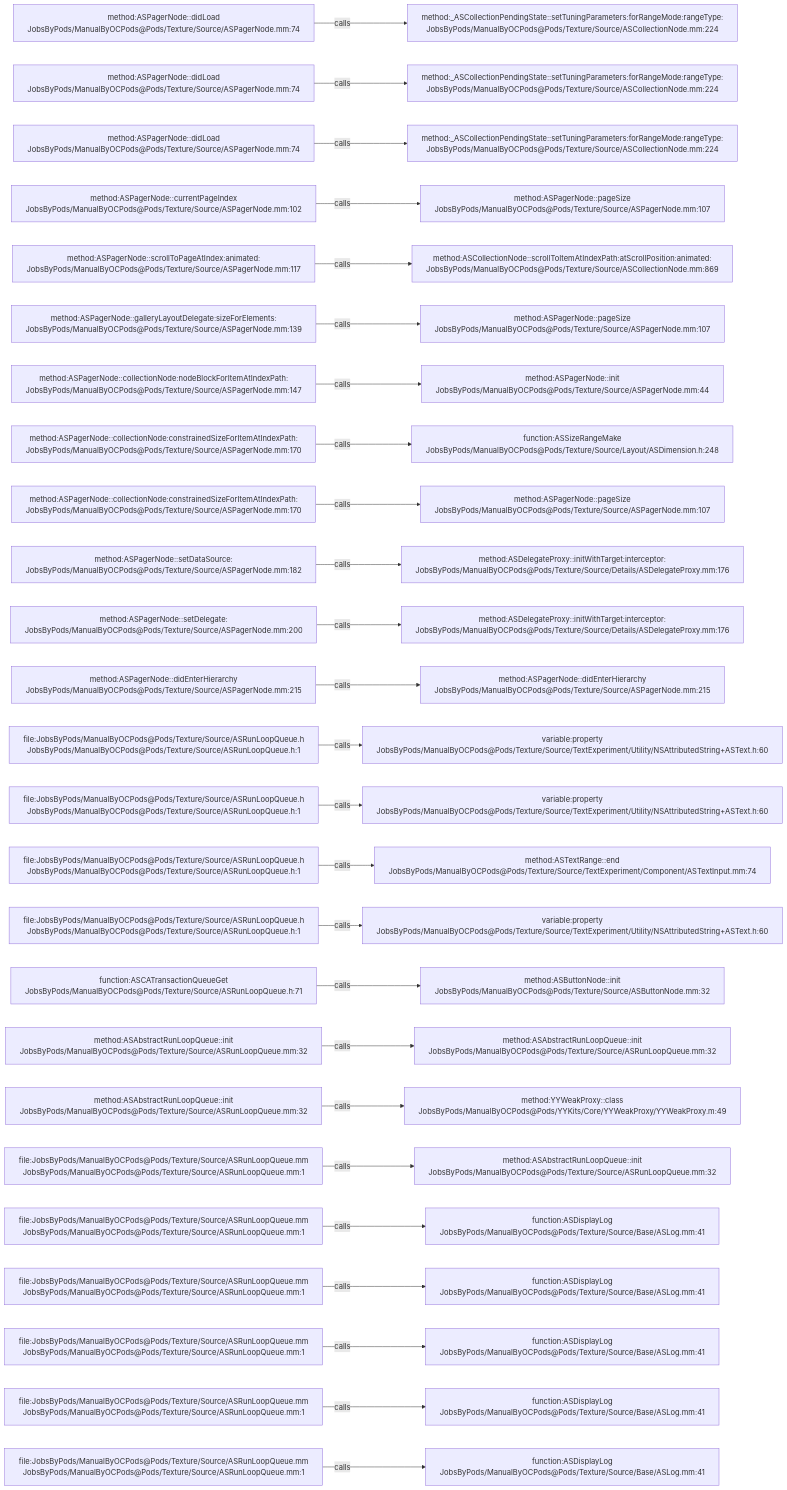
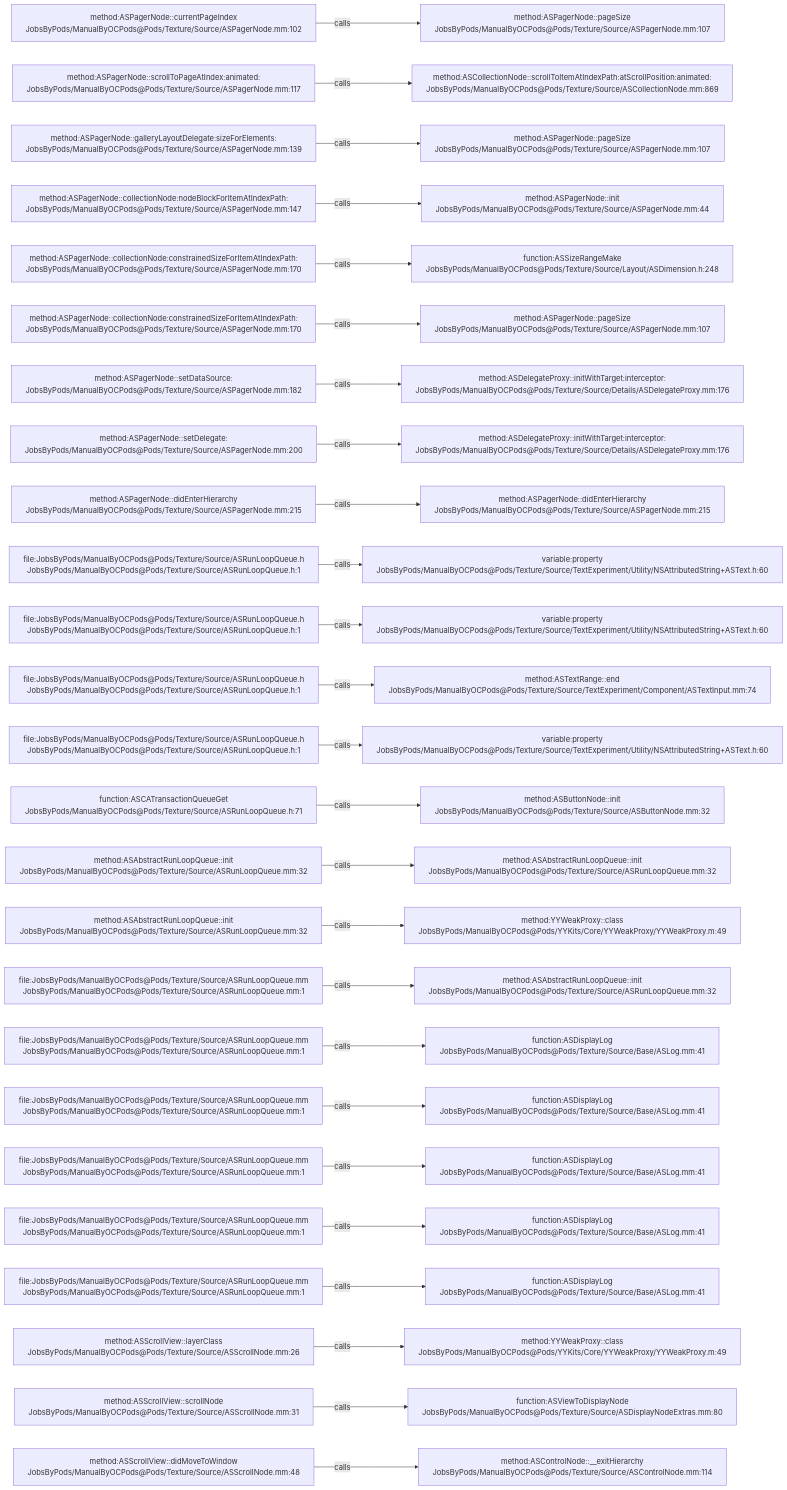
Before and after one commit to JobsKits/JobsOCBaseConfigDemo: the diagram in .codegraph/codegraph.md/graphs/calls-122.md, drawn with Mermaid. The commit also changed 342 other files, not shown here.

````diff
--- a/.codegraph/codegraph.md/graphs/calls-122.md
+++ b/.codegraph/codegraph.md/graphs/calls-122.md
@@ -13,78 +13,78 @@
 ```mermaid
 flowchart LR
-  S1["method:ASPagerNode::didLoad<br/>JobsByPods/ManualByOCPods@Pods/Texture/Source/ASPagerNode.mm:74"]
-  T1["method:_ASCollectionPendingState::setTuningParameters:forRangeMode:rangeType:<br/>JobsByPods/ManualByOCPods@Pods/Texture/Source/ASCollectionNode.mm:224"]
+  S1["method:ASPagerNode::currentPageIndex<br/>JobsByPods/ManualByOCPods@Pods/Texture/Source/ASPagerNode.mm:102"]
+  T1["method:ASPagerNode::pageSize<br/>JobsByPods/ManualByOCPods@Pods/Texture/Source/ASPagerNode.mm:107"]
   S1 -->|calls| T1
-  S2["method:ASPagerNode::didLoad<br/>JobsByPods/ManualByOCPods@Pods/Texture/Source/ASPagerNode.mm:74"]
-  T2["method:_ASCollectionPendingState::setTuningParameters:forRangeMode:rangeType:<br/>JobsByPods/ManualByOCPods@Pods/Texture/Source/ASCollectionNode.mm:224"]
+  S2["method:ASPagerNode::scrollToPageAtIndex:animated:<br/>JobsByPods/ManualByOCPods@Pods/Texture/Source/ASPagerNode.mm:117"]
+  T2["method:ASCollectionNode::scrollToItemAtIndexPath:atScrollPosition:animated:<br/>JobsByPods/ManualByOCPods@Pods/Texture/Source/ASCollectionNode.mm:869"]
   S2 -->|calls| T2
-  S3["method:ASPagerNode::didLoad<br/>JobsByPods/ManualByOCPods@Pods/Texture/Source/ASPagerNode.mm:74"]
-  T3["method:_ASCollectionPendingState::setTuningParameters:forRangeMode:rangeType:<br/>JobsByPods/ManualByOCPods@Pods/Texture/Source/ASCollectionNode.mm:224"]
+  S3["method:ASPagerNode::galleryLayoutDelegate:sizeForElements:<br/>JobsByPods/ManualByOCPods@Pods/Texture/Source/ASPagerNode.mm:139"]
+  T3["method:ASPagerNode::pageSize<br/>JobsByPods/ManualByOCPods@Pods/Texture/Source/ASPagerNode.mm:107"]
   S3 -->|calls| T3
-  S4["method:ASPagerNode::currentPageIndex<br/>JobsByPods/ManualByOCPods@Pods/Texture/Source/ASPagerNode.mm:102"]
-  T4["method:ASPagerNode::pageSize<br/>JobsByPods/ManualByOCPods@Pods/Texture/Source/ASPagerNode.mm:107"]
+  S4["method:ASPagerNode::collectionNode:nodeBlockForItemAtIndexPath:<br/>JobsByPods/ManualByOCPods@Pods/Texture/Source/ASPagerNode.mm:147"]
+  T4["method:ASPagerNode::init<br/>JobsByPods/ManualByOCPods@Pods/Texture/Source/ASPagerNode.mm:44"]
   S4 -->|calls| T4
-  S5["method:ASPagerNode::scrollToPageAtIndex:animated:<br/>JobsByPods/ManualByOCPods@Pods/Texture/Source/ASPagerNode.mm:117"]
-  T5["method:ASCollectionNode::scrollToItemAtIndexPath:atScrollPosition:animated:<br/>JobsByPods/ManualByOCPods@Pods/Texture/Source/ASCollectionNode.mm:869"]
+  S5["method:ASPagerNode::collectionNode:constrainedSizeForItemAtIndexPath:<br/>JobsByPods/ManualByOCPods@Pods/Texture/Source/ASPagerNode.mm:170"]
+  T5["function:ASSizeRangeMake<br/>JobsByPods/ManualByOCPods@Pods/Texture/Source/Layout/ASDimension.h:248"]
   S5 -->|calls| T5
-  S6["method:ASPagerNode::galleryLayoutDelegate:sizeForElements:<br/>JobsByPods/ManualByOCPods@Pods/Texture/Source/ASPagerNode.mm:139"]
+  S6["method:ASPagerNode::collectionNode:constrainedSizeForItemAtIndexPath:<br/>JobsByPods/ManualByOCPods@Pods/Texture/Source/ASPagerNode.mm:170"]
   T6["method:ASPagerNode::pageSize<br/>JobsByPods/ManualByOCPods@Pods/Texture/Source/ASPagerNode.mm:107"]
   S6 -->|calls| T6
-  S7["method:ASPagerNode::collectionNode:nodeBlockForItemAtIndexPath:<br/>JobsByPods/ManualByOCPods@Pods/Texture/Source/ASPagerNode.mm:147"]
-  T7["method:ASPagerNode::init<br/>JobsByPods/ManualByOCPods@Pods/Texture/Source/ASPagerNode.mm:44"]
+  S7["method:ASPagerNode::setDataSource:<br/>JobsByPods/ManualByOCPods@Pods/Texture/Source/ASPagerNode.mm:182"]
+  T7["method:ASDelegateProxy::initWithTarget:interceptor:<br/>JobsByPods/ManualByOCPods@Pods/Texture/Source/Details/ASDelegateProxy.mm:176"]
   S7 -->|calls| T7
-  S8["method:ASPagerNode::collectionNode:constrainedSizeForItemAtIndexPath:<br/>JobsByPods/ManualByOCPods@Pods/Texture/Source/ASPagerNode.mm:170"]
-  T8["function:ASSizeRangeMake<br/>JobsByPods/ManualByOCPods@Pods/Texture/Source/Layout/ASDimension.h:248"]
+  S8["method:ASPagerNode::setDelegate:<br/>JobsByPods/ManualByOCPods@Pods/Texture/Source/ASPagerNode.mm:200"]
+  T8["method:ASDelegateProxy::initWithTarget:interceptor:<br/>JobsByPods/ManualByOCPods@Pods/Texture/Source/Details/ASDelegateProxy.mm:176"]
   S8 -->|calls| T8
-  S9["method:ASPagerNode::collectionNode:constrainedSizeForItemAtIndexPath:<br/>JobsByPods/ManualByOCPods@Pods/Texture/Source/ASPagerNode.mm:170"]
-  T9["method:ASPagerNode::pageSize<br/>JobsByPods/ManualByOCPods@Pods/Texture/Source/ASPagerNode.mm:107"]
+  S9["method:ASPagerNode::didEnterHierarchy<br/>JobsByPods/ManualByOCPods@Pods/Texture/Source/ASPagerNode.mm:215"]
+  T9["method:ASPagerNode::didEnterHierarchy<br/>JobsByPods/ManualByOCPods@Pods/Texture/Source/ASPagerNode.mm:215"]
   S9 -->|calls| T9
-  S10["method:ASPagerNode::setDataSource:<br/>JobsByPods/ManualByOCPods@Pods/Texture/Source/ASPagerNode.mm:182"]
-  T10["method:ASDelegateProxy::initWithTarget:interceptor:<br/>JobsByPods/ManualByOCPods@Pods/Texture/Source/Details/ASDelegateProxy.mm:176"]
+  S10["file:JobsByPods/ManualByOCPods@Pods/Texture/Source/ASRunLoopQueue.h<br/>JobsByPods/ManualByOCPods@Pods/Texture/Source/ASRunLoopQueue.h:1"]
+  T10["variable:property<br/>JobsByPods/ManualByOCPods@Pods/Texture/Source/TextExperiment/Utility/NSAttributedString+ASText.h:60"]
   S10 -->|calls| T10
-  S11["method:ASPagerNode::setDelegate:<br/>JobsByPods/ManualByOCPods@Pods/Texture/Source/ASPagerNode.mm:200"]
-  T11["method:ASDelegateProxy::initWithTarget:interceptor:<br/>JobsByPods/ManualByOCPods@Pods/Texture/Source/Details/ASDelegateProxy.mm:176"]
+  S11["file:JobsByPods/ManualByOCPods@Pods/Texture/Source/ASRunLoopQueue.h<br/>JobsByPods/ManualByOCPods@Pods/Texture/Source/ASRunLoopQueue.h:1"]
+  T11["variable:property<br/>JobsByPods/ManualByOCPods@Pods/Texture/Source/TextExperiment/Utility/NSAttributedString+ASText.h:60"]
   S11 -->|calls| T11
-  S12["method:ASPagerNode::didEnterHierarchy<br/>JobsByPods/ManualByOCPods@Pods/Texture/Source/ASPagerNode.mm:215"]
-  T12["method:ASPagerNode::didEnterHierarchy<br/>JobsByPods/ManualByOCPods@Pods/Texture/Source/ASPagerNode.mm:215"]
+  S12["file:JobsByPods/ManualByOCPods@Pods/Texture/Source/ASRunLoopQueue.h<br/>JobsByPods/ManualByOCPods@Pods/Texture/Source/ASRunLoopQueue.h:1"]
+  T12["method:ASTextRange::end<br/>JobsByPods/ManualByOCPods@Pods/Texture/Source/TextExperiment/Component/ASTextInput.mm:74"]
   S12 -->|calls| T12
   S13["file:JobsByPods/ManualByOCPods@Pods/Texture/Source/ASRunLoopQueue.h<br/>JobsByPods/ManualByOCPods@Pods/Texture/Source/ASRunLoopQueue.h:1"]
   T13["variable:property<br/>JobsByPods/ManualByOCPods@Pods/Texture/Source/TextExperiment/Utility/NSAttributedString+ASText.h:60"]
   S13 -->|calls| T13
-  S14["file:JobsByPods/ManualByOCPods@Pods/Texture/Source/ASRunLoopQueue.h<br/>JobsByPods/ManualByOCPods@Pods/Texture/Source/ASRunLoopQueue.h:1"]
-  T14["variable:property<br/>JobsByPods/ManualByOCPods@Pods/Texture/Source/TextExperiment/Utility/NSAttributedString+ASText.h:60"]
+  S14["function:ASCATransactionQueueGet<br/>JobsByPods/ManualByOCPods@Pods/Texture/Source/ASRunLoopQueue.h:71"]
+  T14["method:ASButtonNode::init<br/>JobsByPods/ManualByOCPods@Pods/Texture/Source/ASButtonNode.mm:32"]
   S14 -->|calls| T14
-  S15["file:JobsByPods/ManualByOCPods@Pods/Texture/Source/ASRunLoopQueue.h<br/>JobsByPods/ManualByOCPods@Pods/Texture/Source/ASRunLoopQueue.h:1"]
-  T15["method:ASTextRange::end<br/>JobsByPods/ManualByOCPods@Pods/Texture/Source/TextExperiment/Component/ASTextInput.mm:74"]
+  S15["method:ASAbstractRunLoopQueue::init<br/>JobsByPods/ManualByOCPods@Pods/Texture/Source/ASRunLoopQueue.mm:32"]
+  T15["method:ASAbstractRunLoopQueue::init<br/>JobsByPods/ManualByOCPods@Pods/Texture/Source/ASRunLoopQueue.mm:32"]
   S15 -->|calls| T15
-  S16["file:JobsByPods/ManualByOCPods@Pods/Texture/Source/ASRunLoopQueue.h<br/>JobsByPods/ManualByOCPods@Pods/Texture/Source/ASRunLoopQueue.h:1"]
-  T16["variable:property<br/>JobsByPods/ManualByOCPods@Pods/Texture/Source/TextExperiment/Utility/NSAttributedString+ASText.h:60"]
+  S16["method:ASAbstractRunLoopQueue::init<br/>JobsByPods/ManualByOCPods@Pods/Texture/Source/ASRunLoopQueue.mm:32"]
+  T16["method:YYWeakProxy::class<br/>JobsByPods/ManualByOCPods@Pods/YYKits/Core/YYWeakProxy/YYWeakProxy.m:49"]
   S16 -->|calls| T16
-  S17["function:ASCATransactionQueueGet<br/>JobsByPods/ManualByOCPods@Pods/Texture/Source/ASRunLoopQueue.h:71"]
-  T17["method:ASButtonNode::init<br/>JobsByPods/ManualByOCPods@Pods/Texture/Source/ASButtonNode.mm:32"]
+  S17["file:JobsByPods/ManualByOCPods@Pods/Texture/Source/ASRunLoopQueue.mm<br/>JobsByPods/ManualByOCPods@Pods/Texture/Source/ASRunLoopQueue.mm:1"]
+  T17["method:ASAbstractRunLoopQueue::init<br/>JobsByPods/ManualByOCPods@Pods/Texture/Source/ASRunLoopQueue.mm:32"]
   S17 -->|calls| T17
-  S18["method:ASAbstractRunLoopQueue::init<br/>JobsByPods/ManualByOCPods@Pods/Texture/Source/ASRunLoopQueue.mm:32"]
-  T18["method:ASAbstractRunLoopQueue::init<br/>JobsByPods/ManualByOCPods@Pods/Texture/Source/ASRunLoopQueue.mm:32"]
+  S18["file:JobsByPods/ManualByOCPods@Pods/Texture/Source/ASRunLoopQueue.mm<br/>JobsByPods/ManualByOCPods@Pods/Texture/Source/ASRunLoopQueue.mm:1"]
+  T18["function:ASDisplayLog<br/>JobsByPods/ManualByOCPods@Pods/Texture/Source/Base/ASLog.mm:41"]
   S18 -->|calls| T18
-  S19["method:ASAbstractRunLoopQueue::init<br/>JobsByPods/ManualByOCPods@Pods/Texture/Source/ASRunLoopQueue.mm:32"]
-  T19["method:YYWeakProxy::class<br/>JobsByPods/ManualByOCPods@Pods/YYKits/Core/YYWeakProxy/YYWeakProxy.m:49"]
+  S19["file:JobsByPods/ManualByOCPods@Pods/Texture/Source/ASRunLoopQueue.mm<br/>JobsByPods/ManualByOCPods@Pods/Texture/Source/ASRunLoopQueue.mm:1"]
+  T19["function:ASDisplayLog<br/>JobsByPods/ManualByOCPods@Pods/Texture/Source/Base/ASLog.mm:41"]
   S19 -->|calls| T19
   S20["file:JobsByPods/ManualByOCPods@Pods/Texture/Source/ASRunLoopQueue.mm<br/>JobsByPods/ManualByOCPods@Pods/Texture/Source/ASRunLoopQueue.mm:1"]
-  T20["method:ASAbstractRunLoopQueue::init<br/>JobsByPods/ManualByOCPods@Pods/Texture/Source/ASRunLoopQueue.mm:32"]
+  T20["function:ASDisplayLog<br/>JobsByPods/ManualByOCPods@Pods/Texture/Source/Base/ASLog.mm:41"]
   S20 -->|calls| T20
   S21["file:JobsByPods/ManualByOCPods@Pods/Texture/Source/ASRunLoopQueue.mm<br/>JobsByPods/ManualByOCPods@Pods/Texture/Source/ASRunLoopQueue.mm:1"]
   T21["function:ASDisplayLog<br/>JobsByPods/ManualByOCPods@Pods/Texture/Source/Base/ASLog.mm:41"]
   S21 -->|calls| T21
   S22["file:JobsByPods/ManualByOCPods@Pods/Texture/Source/ASRunLoopQueue.mm<br/>JobsByPods/ManualByOCPods@Pods/Texture/Source/ASRunLoopQueue.mm:1"]
   T22["function:ASDisplayLog<br/>JobsByPods/ManualByOCPods@Pods/Texture/Source/Base/ASLog.mm:41"]
   S22 -->|calls| T22
-  S23["file:JobsByPods/ManualByOCPods@Pods/Texture/Source/ASRunLoopQueue.mm<br/>JobsByPods/ManualByOCPods@Pods/Texture/Source/ASRunLoopQueue.mm:1"]
-  T23["function:ASDisplayLog<br/>JobsByPods/ManualByOCPods@Pods/Texture/Source/Base/ASLog.mm:41"]
+  S23["method:ASScrollView::layerClass<br/>JobsByPods/ManualByOCPods@Pods/Texture/Source/ASScrollNode.mm:26"]
+  T23["method:YYWeakProxy::class<br/>JobsByPods/ManualByOCPods@Pods/YYKits/Core/YYWeakProxy/YYWeakProxy.m:49"]
   S23 -->|calls| T23
-  S24["file:JobsByPods/ManualByOCPods@Pods/Texture/Source/ASRunLoopQueue.mm<br/>JobsByPods/ManualByOCPods@Pods/Texture/Source/ASRunLoopQueue.mm:1"]
-  T24["function:ASDisplayLog<br/>JobsByPods/ManualByOCPods@Pods/Texture/Source/Base/ASLog.mm:41"]
+  S24["method:ASScrollView::scrollNode<br/>JobsByPods/ManualByOCPods@Pods/Texture/Source/ASScrollNode.mm:31"]
+  T24["function:ASViewToDisplayNode<br/>JobsByPods/ManualByOCPods@Pods/Texture/Source/ASDisplayNodeExtras.mm:80"]
   S24 -->|calls| T24
-  S25["file:JobsByPods/ManualByOCPods@Pods/Texture/Source/ASRunLoopQueue.mm<br/>JobsByPods/ManualByOCPods@Pods/Texture/Source/ASRunLoopQueue.mm:1"]
-  T25["function:ASDisplayLog<br/>JobsByPods/ManualByOCPods@Pods/Texture/Source/Base/ASLog.mm:41"]
+  S25["method:ASScrollView::didMoveToWindow<br/>JobsByPods/ManualByOCPods@Pods/Texture/Source/ASScrollNode.mm:48"]
+  T25["method:ASControlNode::__exitHierarchy<br/>JobsByPods/ManualByOCPods@Pods/Texture/Source/ASControlNode.mm:114"]
   S25 -->|calls| T25
 ```
````
